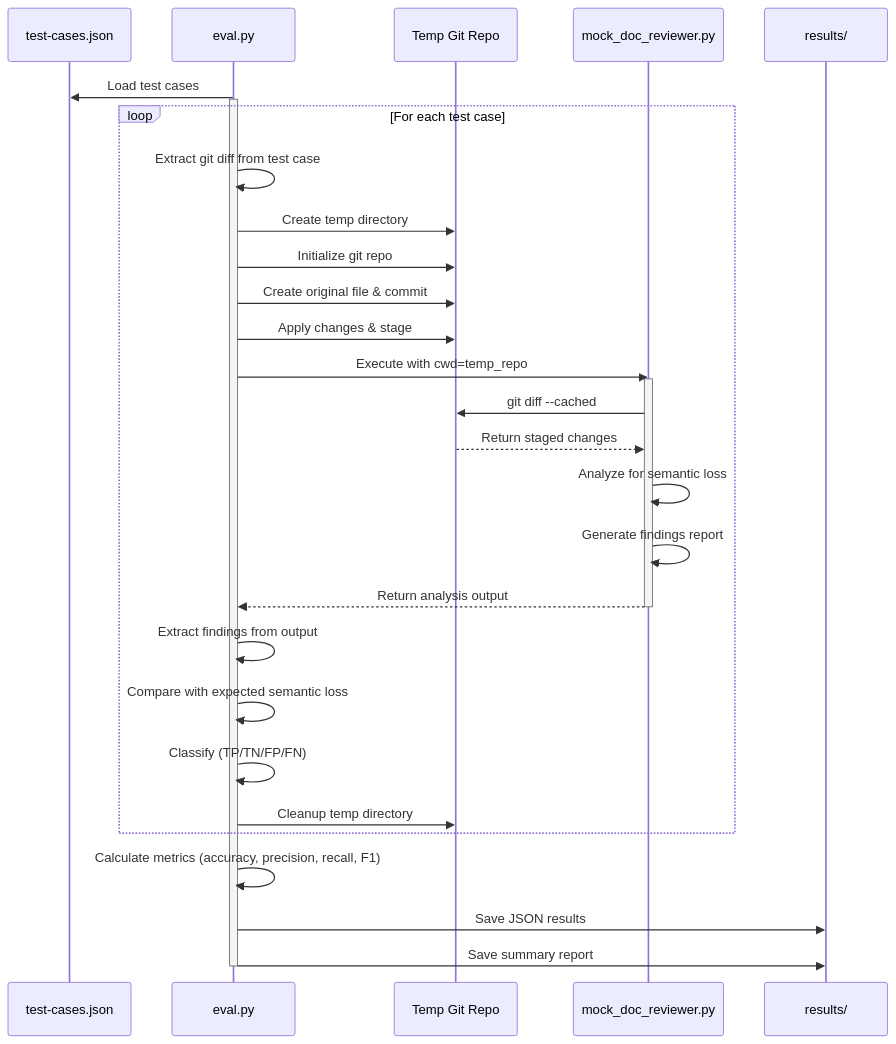
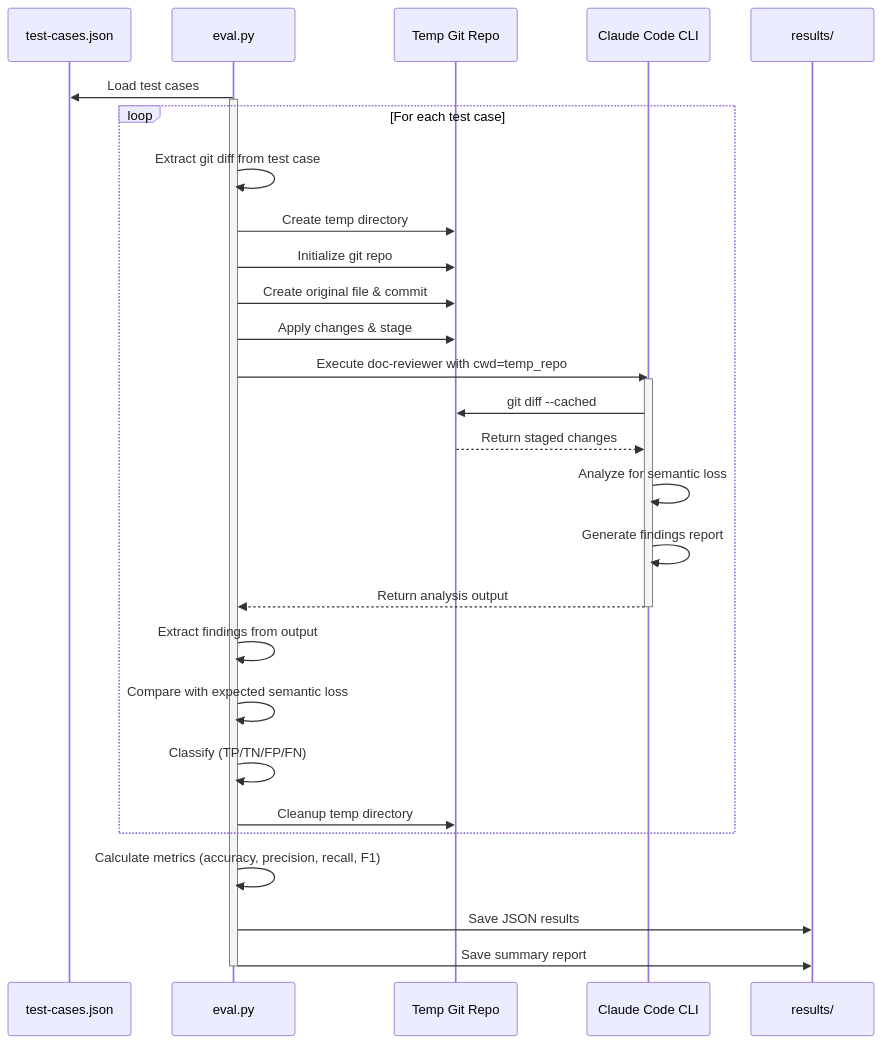
Before and after one commit to gonzalomelov/claude-code-subagents: the diagram in agents/doc-reviewer/eval/README.md, drawn with Mermaid. The commit also changed other lines of this file and 3 other files, not shown here.

First line of the commit message:
Remove unused mock doc-reviewer and clean up references

````diff
--- a/agents/doc-reviewer/eval/README.md
+++ b/agents/doc-reviewer/eval/README.md
@@ -62,39 +62,39 @@
 ```mermaid
 sequenceDiagram
     participant TC as test-cases.json
     participant Runner as eval.py
     participant Temp as Temp Git Repo
-    participant Mock as mock_doc_reviewer.py
+    participant Claude as Claude Code CLI
     participant Results as results/
 
     Runner->>TC: Load test cases
     activate Runner
     
     loop For each test case
         Runner->>Runner: Extract git diff from test case
         Runner->>Temp: Create temp directory
         Runner->>Temp: Initialize git repo
         Runner->>Temp: Create original file & commit
         Runner->>Temp: Apply changes & stage
         
-        Runner->>Mock: Execute with cwd=temp_repo
-        activate Mock
-        Mock->>Temp: git diff --cached
-        Temp-->>Mock: Return staged changes
-        Mock->>Mock: Analyze for semantic loss
-        Mock->>Mock: Generate findings report
-        Mock-->>Runner: Return analysis output
-        deactivate Mock
+        Runner->>Claude: Execute doc-reviewer with cwd=temp_repo
+        activate Claude
+        Claude->>Temp: git diff --cached
+        Temp-->>Claude: Return staged changes
+        Claude->>Claude: Analyze for semantic loss
+        Claude->>Claude: Generate findings report
+        Claude-->>Runner: Return analysis output
+        deactivate Claude
         
         Runner->>Runner: Extract findings from output
         Runner->>Runner: Compare with expected semantic loss
         Runner->>Runner: Classify (TP/TN/FP/FN)
         
         Runner->>Temp: Cleanup temp directory
     end
     
     Runner->>Runner: Calculate metrics (accuracy, precision, recall, F1)
     Runner->>Results: Save JSON results
     Runner->>Results: Save summary report
     deactivate Runner
 ```
````
